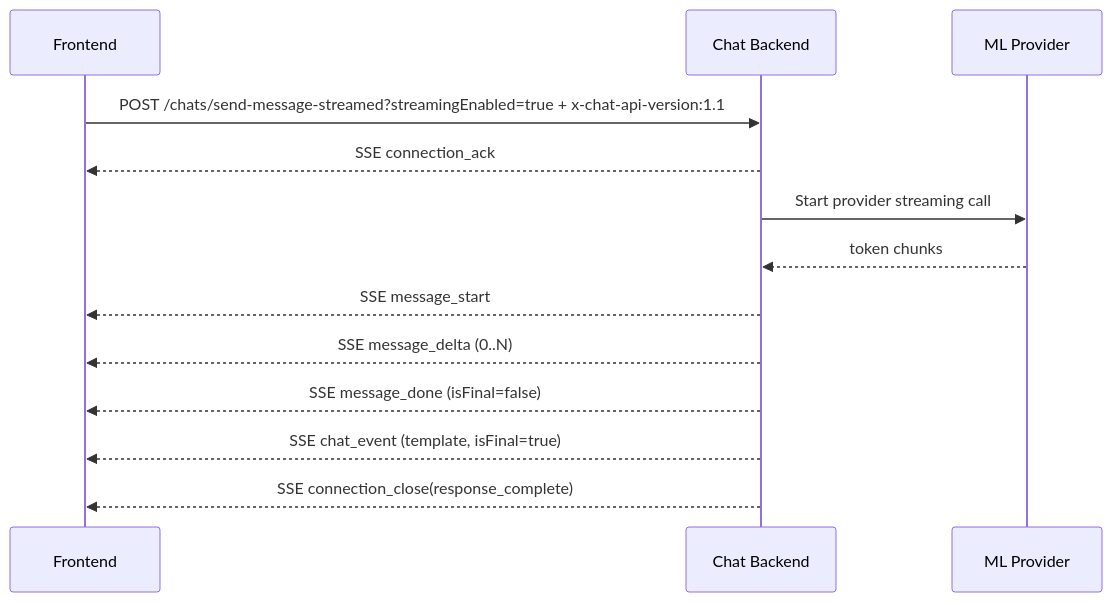
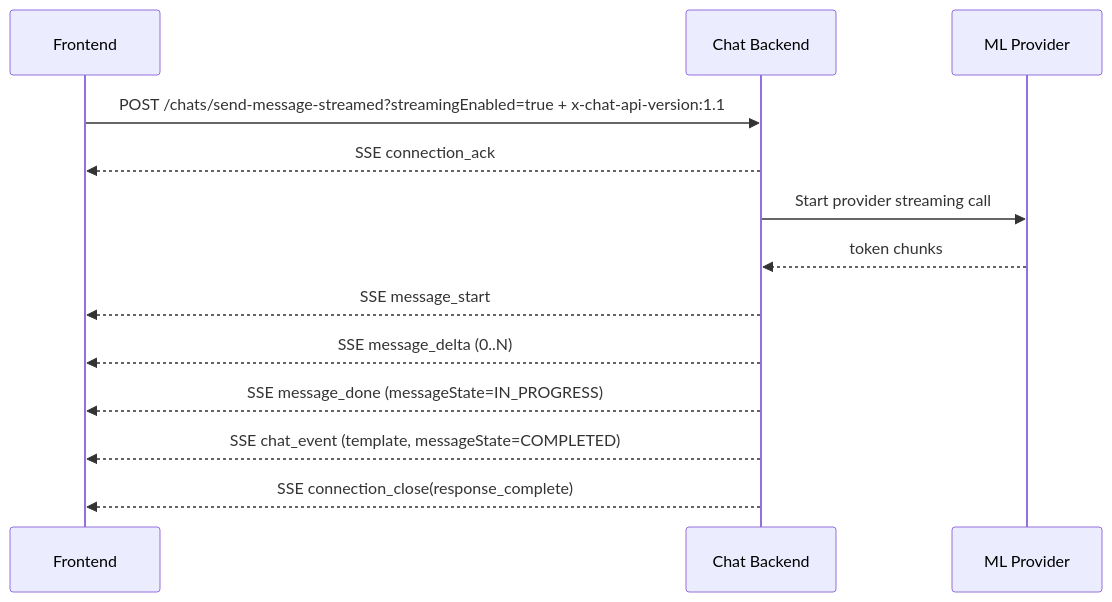
One commit to sachin-hg/chat-demo changed the first of 2 diagrams in chat_v1_1_incremental_streaming.md. Above: the diagram before and after it, drawn with Mermaid. The commit also changed other lines of this file and 15 other files, not shown here.

````diff
--- a/chat_v1_1_incremental_streaming.md
+++ b/chat_v1_1_incremental_streaming.md
@@ -340,16 +340,16 @@
 ```mermaid
 sequenceDiagram
     participant FE as Frontend
     participant BE as Chat Backend
     participant ML as ML Provider
 
     FE->>BE: POST /chats/send-message-streamed?streamingEnabled=true + x-chat-api-version:1.1
     BE-->>FE: SSE connection_ack
     BE->>ML: Start provider streaming call
     ML-->>BE: token chunks
     BE-->>FE: SSE message_start
     BE-->>FE: SSE message_delta (0..N)
-    BE-->>FE: SSE message_done (isFinal=false)
-    BE-->>FE: SSE chat_event (template, isFinal=true)
+    BE-->>FE: SSE message_done (messageState=IN_PROGRESS)
+    BE-->>FE: SSE chat_event (template, messageState=COMPLETED)
     BE-->>FE: SSE connection_close(response_complete)
 ```
````
